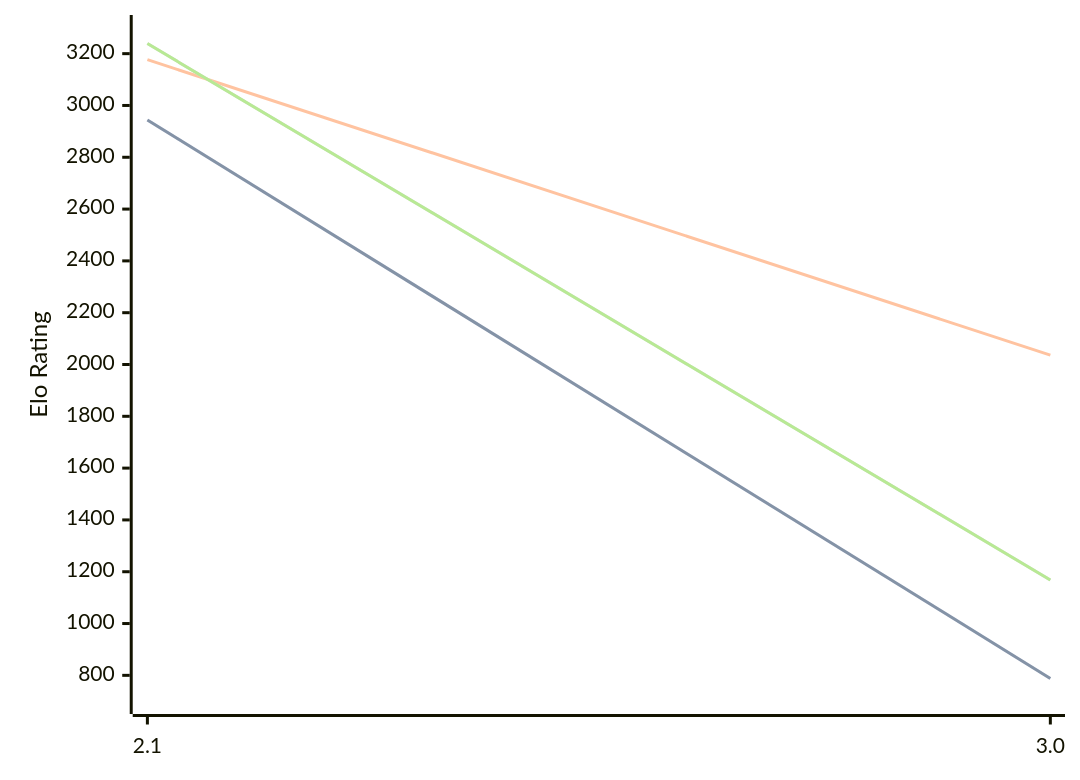
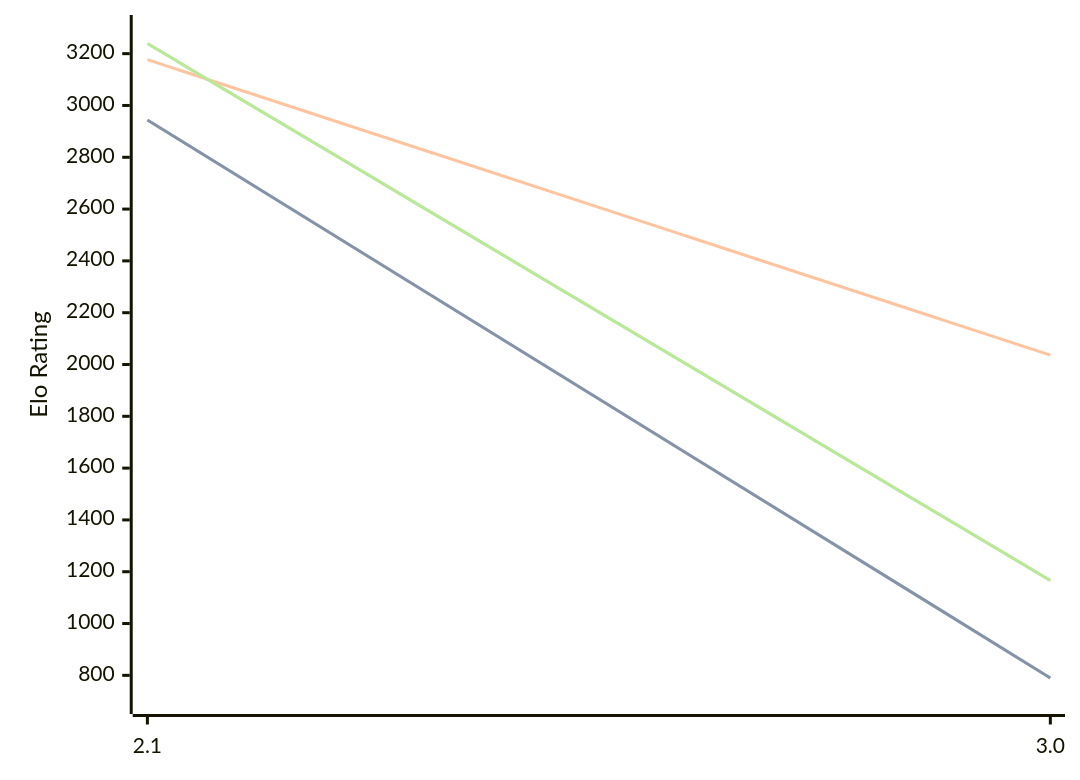
One commit to computer-chess-index/cci changed the diagram in engines/Quirky.md. Above: the diagram before and after it, drawn with Mermaid. The commit also changed other lines of this file, not shown here.

Commit message:
Update CCI Ratings (ELO VLTC) - 2026-07-22

````diff
--- a/engines/Quirky.md
+++ b/engines/Quirky.md
@@ -34,11 +34,11 @@
 ```mermaid
 %%{init: {"theme":"base","themeVariables":{"seriesColors:['#a3a3a3','#222221','#faa371']}}}%%
 xychart-beta
   x-axis ["2.1", "3.0"]
   y-axis "Elo Rating" 700 --> 3300
-  line "STC (8.0+0.08s)" [2944, 788]
-  line "STC (8.0+0.08s)" [2944, 788]
+  line "STC (8.0+0.08s)" [2944, 790]
+  line "STC (8.0+0.08s)" [2944, 790]
   line "LTC (60.0+0.60s)" [3177, 2036]
-  line "VLTC (2m24s+1.12s)" [3239, 1168]
-  line "VLTC (2m24s+1.12s)" [3239, 1168]
+  line "VLTC (2m24s+1.12s)" [3239, 1166]
+  line "VLTC (2m24s+1.12s)" [3239, 1166]
 ```
````
